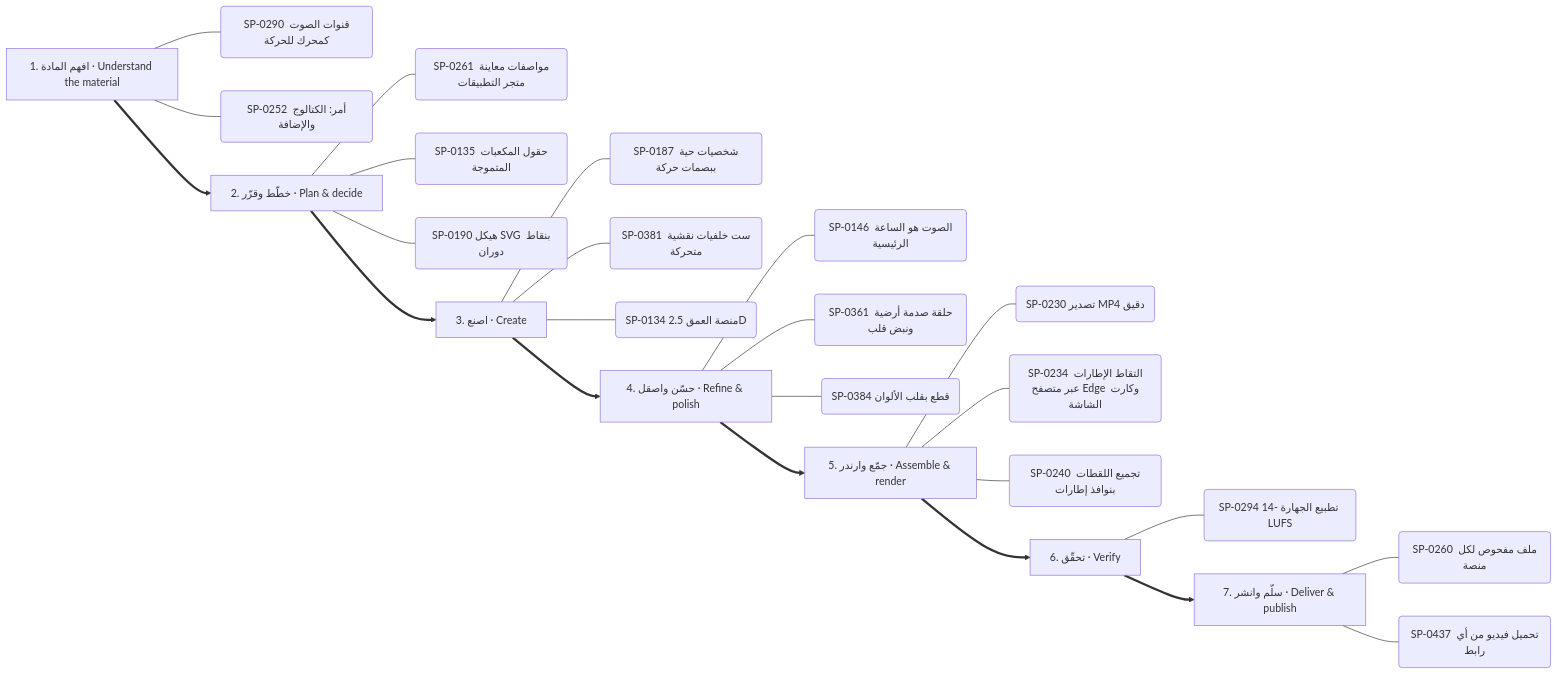
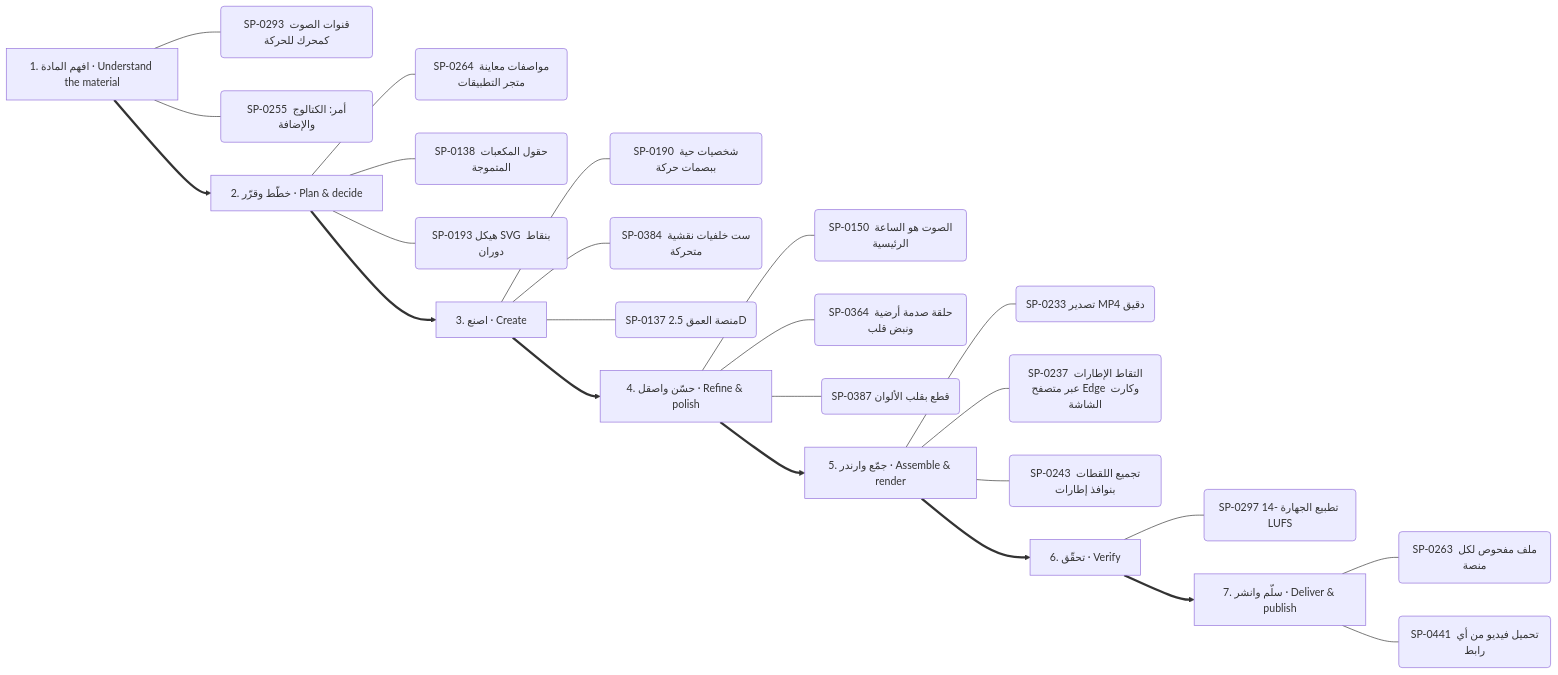
One commit to kosif199022-jpg/kosif-tool changed the fourth of 13 diagrams in .claude/skills/kosif-superpowers/references/capability-mindmap.md. Above: the diagram before and after it, drawn with Mermaid. The commit also changed other lines of this file and 37 other files, not shown here.

````diff
--- a/.claude/skills/kosif-superpowers/references/capability-mindmap.md
+++ b/.claude/skills/kosif-superpowers/references/capability-mindmap.md
@@ -225,33 +226,33 @@
 ```mermaid
 flowchart LR
   S0["1. افهم المادة · Understand the material"]
-  S0 --- S0_0("SP-0290 قنوات الصوت كمحرك للحركة")
-  S0 --- S0_1("SP-0252 أمر: الكتالوج والإضافة")
+  S0 --- S0_0("SP-0293 قنوات الصوت كمحرك للحركة")
+  S0 --- S0_1("SP-0255 أمر: الكتالوج والإضافة")
   S1["2. خطّط وقرّر · Plan & decide"]
-  S1 --- S1_0("SP-0261 مواصفات معاينة متجر التطبيقات")
-  S1 --- S1_1("SP-0135 حقول المكعبات المتموجة")
-  S1 --- S1_2("SP-0190 هيكل SVG بنقاط دوران")
+  S1 --- S1_0("SP-0264 مواصفات معاينة متجر التطبيقات")
+  S1 --- S1_1("SP-0138 حقول المكعبات المتموجة")
+  S1 --- S1_2("SP-0193 هيكل SVG بنقاط دوران")
   S0 ==> S1
   S2["3. اصنع · Create"]
-  S2 --- S2_0("SP-0187 شخصيات حية ببصمات حركة")
-  S2 --- S2_1("SP-0381 ست خلفيات نقشية متحركة")
-  S2 --- S2_2("SP-0134 منصة العمق 2.5D")
+  S2 --- S2_0("SP-0190 شخصيات حية ببصمات حركة")
+  S2 --- S2_1("SP-0384 ست خلفيات نقشية متحركة")
+  S2 --- S2_2("SP-0137 منصة العمق 2.5D")
   S1 ==> S2
   S3["4. حسّن واصقل · Refine & polish"]
-  S3 --- S3_0("SP-0146 الصوت هو الساعة الرئيسية")
-  S3 --- S3_1("SP-0361 حلقة صدمة أرضية ونبض قلب")
-  S3 --- S3_2("SP-0384 قطع بقلب الألوان")
+  S3 --- S3_0("SP-0150 الصوت هو الساعة الرئيسية")
+  S3 --- S3_1("SP-0364 حلقة صدمة أرضية ونبض قلب")
+  S3 --- S3_2("SP-0387 قطع بقلب الألوان")
   S2 ==> S3
   S4["5. جمّع وارندر · Assemble & render"]
-  S4 --- S4_0("SP-0230 تصدير MP4 دقيق")
-  S4 --- S4_1("SP-0234 التقاط الإطارات عبر متصفح Edge وكارت الشاشة")
-  S4 --- S4_2("SP-0240 تجميع اللقطات بنوافذ إطارات")
+  S4 --- S4_0("SP-0233 تصدير MP4 دقيق")
+  S4 --- S4_1("SP-0237 التقاط الإطارات عبر متصفح Edge وكارت الشاشة")
+  S4 --- S4_2("SP-0243 تجميع اللقطات بنوافذ إطارات")
   S3 ==> S4
   S5["6. تحقّق · Verify"]
-  S5 --- S5_0("SP-0294 تطبيع الجهارة -14 LUFS")
+  S5 --- S5_0("SP-0297 تطبيع الجهارة -14 LUFS")
   S4 ==> S5
   S6["7. سلّم وانشر · Deliver & publish"]
-  S6 --- S6_0("SP-0260 ملف مفحوص لكل منصة")
-  S6 --- S6_1("SP-0437 تحميل فيديو من أي رابط")
+  S6 --- S6_0("SP-0263 ملف مفحوص لكل منصة")
+  S6 --- S6_1("SP-0441 تحميل فيديو من أي رابط")
   S5 ==> S6
 ```
````
